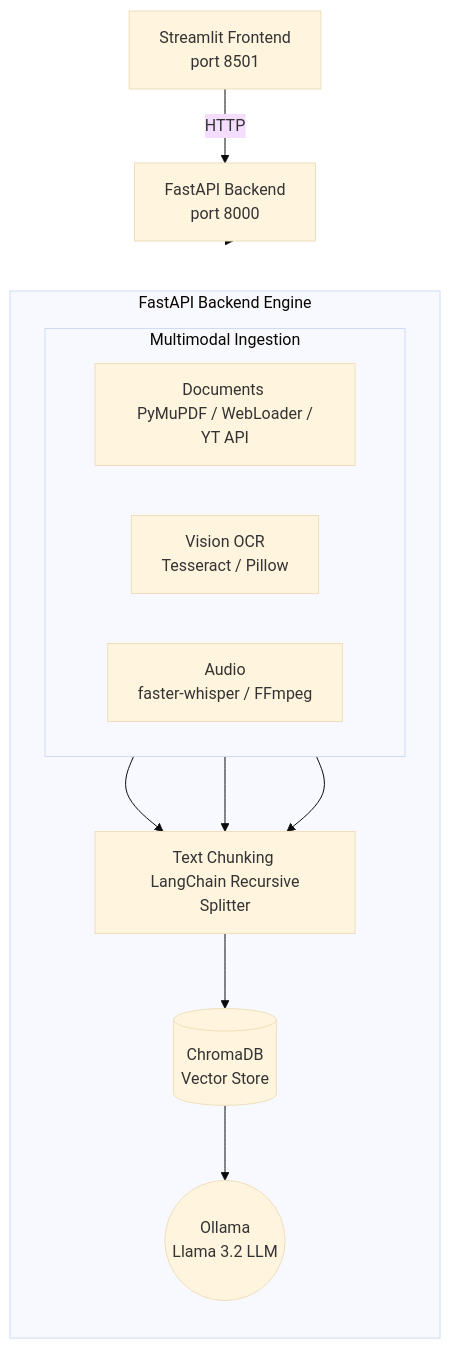
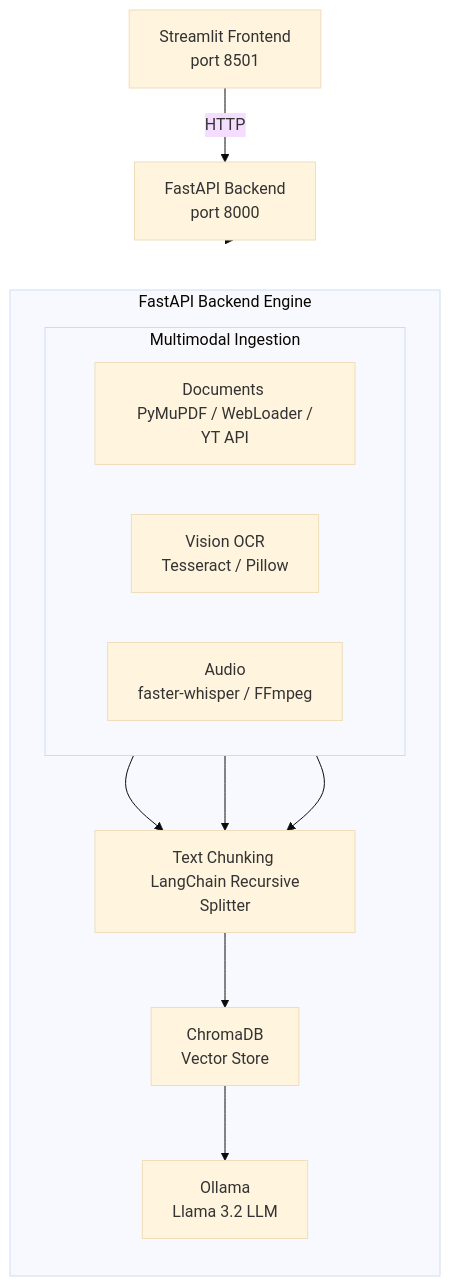
The diagram in Readme.md (Yashwanth-23/Omnisense), drawn with Mermaid (base theme) before and after one commit.

Commit message:
Docs: Fix Mermaid diagram dark mode contrast issue

````diff
--- a/Readme.md
+++ b/Readme.md
@@ -17,28 +17,28 @@
 ```mermaid
 flowchart TD
     UI[Streamlit Frontend <br> port 8501] -->|HTTP| API[FastAPI Backend <br> port 8000]
     
     subgraph Backend [FastAPI Backend Engine]
         direction TB
         
         subgraph Ingestion [Multimodal Ingestion]
             direction LR
             Doc[Documents <br> PyMuPDF / WebLoader / YT API]
             Vis[Vision OCR <br> Tesseract / Pillow]
             Aud[Audio <br> faster-whisper / FFmpeg]
         end
         
         Chunk[Text Chunking <br> LangChain Recursive Splitter]
-        DB[(ChromaDB <br> Vector Store)]
-        LLM((Ollama <br> Llama 3.2 LLM))
+        DB[ChromaDB <br> Vector Store]
+        LLM[Ollama <br> Llama 3.2 LLM]
         
         Doc --> Chunk
         Vis --> Chunk
         Aud --> Chunk
         
         Chunk --> DB
         DB --> LLM
     end
     
     API --> Ingestion
 ```
````
